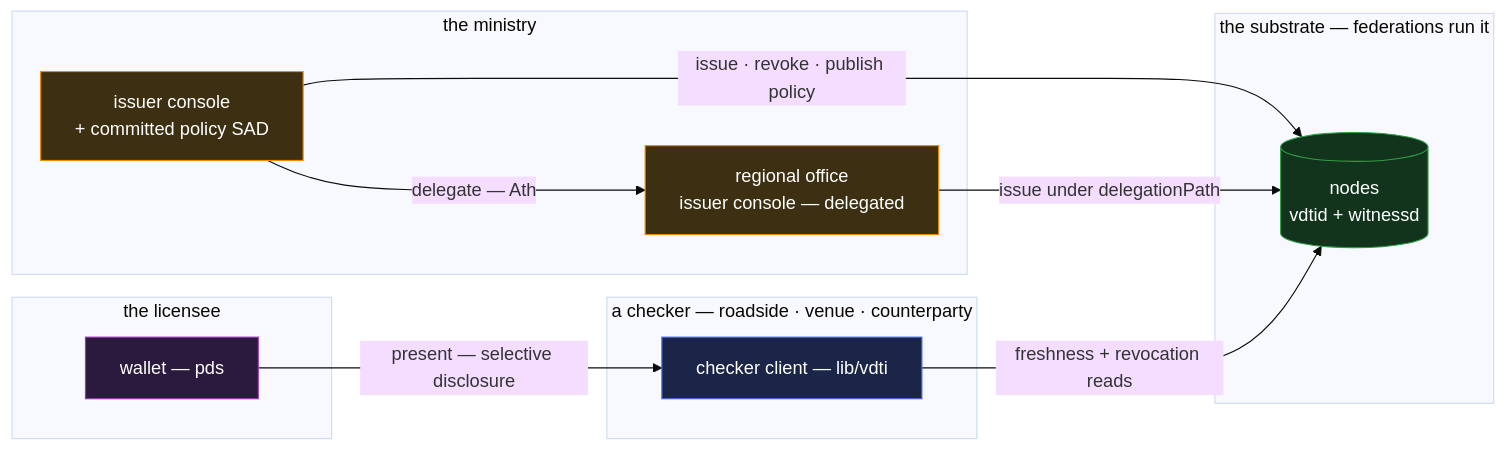
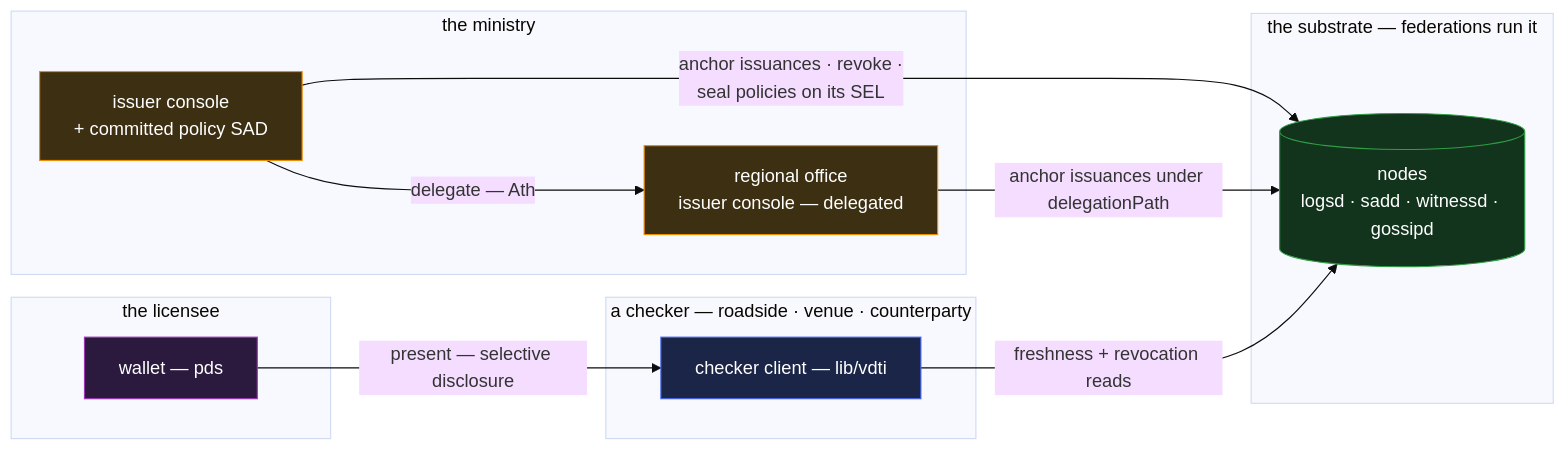
Before and after one commit to jasoncolburne/vdti: the diagram in docs/design/example-applications/permit.md, drawn with Mermaid (base theme). The commit also changed other lines of this file and 79 other files, not shown here.

````diff
--- a/docs/design/example-applications/permit.md
+++ b/docs/design/example-applications/permit.md
@@ -12,25 +12,25 @@
 ```mermaid
 flowchart LR
   subgraph gov["the ministry"]
     min["issuer console<br/>+ committed policy SAD"]:::org
     off["regional office<br/>issuer console — delegated"]:::org
   end
   subgraph holder["the licensee"]
     wallet["wallet — pds"]:::app
   end
   subgraph rp["a checker — roadside · venue · counterparty"]
     chk["checker client — lib/vdti"]:::lib
   end
   subgraph sub["the substrate — federations run it"]
-    node[("nodes<br/>vdtid + witnessd")]:::svc
+    node[("nodes<br/>logsd · sadd · witnessd · gossipd")]:::svc
   end
   min -->|"delegate — Ath"| off
-  min -->|"issue · revoke · publish policy"| node
-  off -->|"issue under delegationPath"| node
+  min -->|"anchor issuances · revoke ·<br/>seal policies on its SEL"| node
+  off -->|"anchor issuances under delegationPath"| node
   wallet -->|"present — selective disclosure"| chk
   chk -->|"freshness + revocation reads"| node
   classDef app fill:#2b1a3d,stroke:#9c36b5,color:#fff
   classDef lib fill:#1a2547,stroke:#4263eb,color:#fff
   classDef org fill:#3d2f12,stroke:#f08c00,color:#fff
   classDef svc fill:#12331c,stroke:#2f9e44,color:#fff
 ```
````
